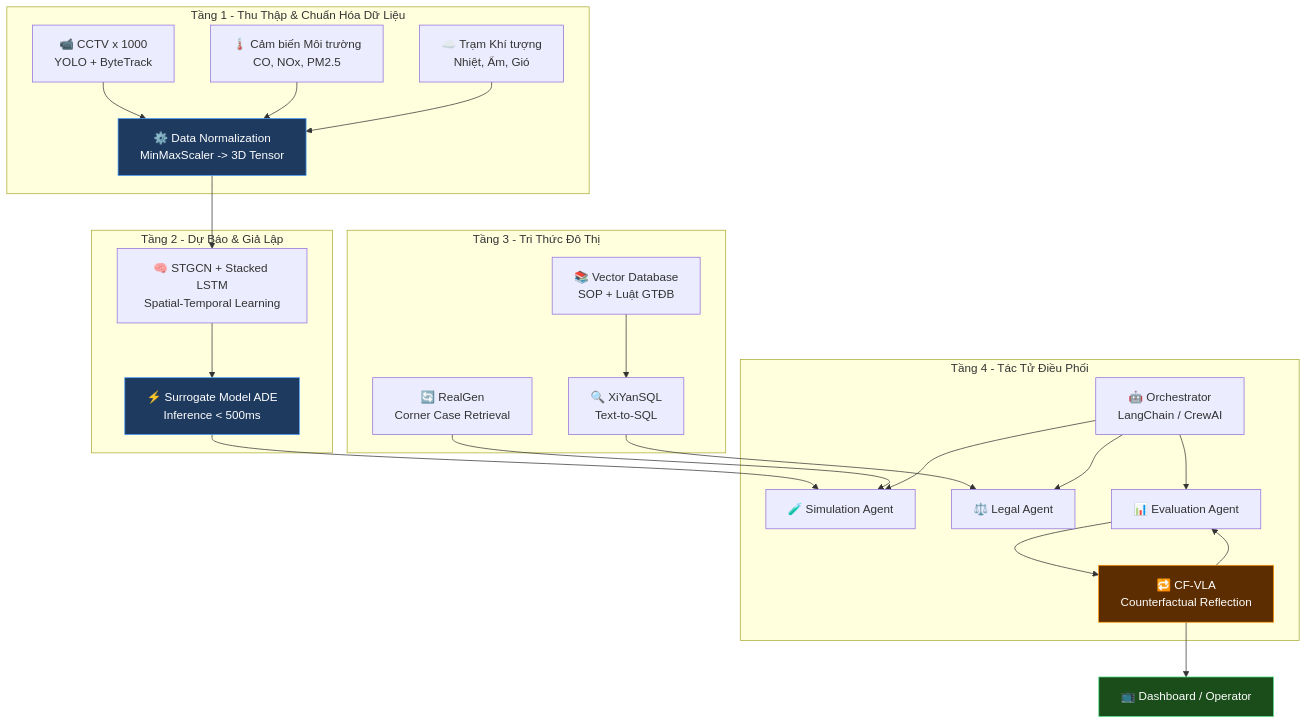
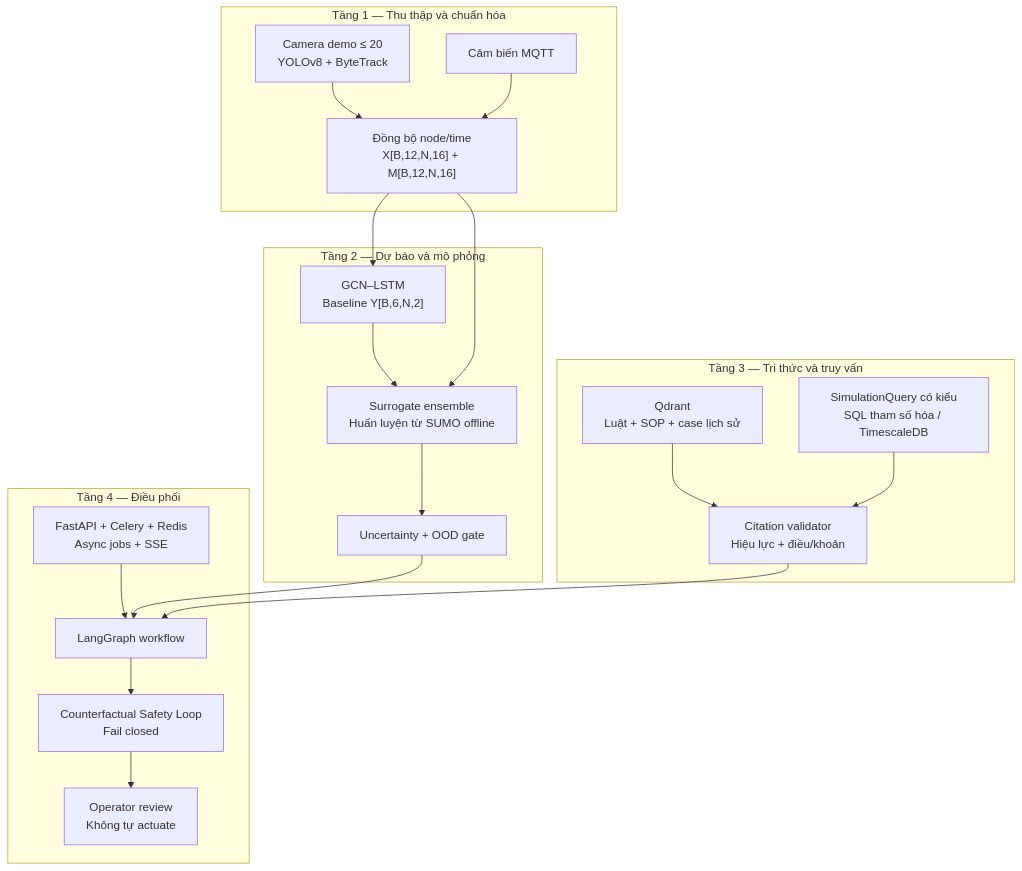
Before and after one commit to ukulevi/traffic-agent-assistant: the first of 2 diagrams in docs/00_STWI_Summary_and_Guidelines.md, drawn with Mermaid. The commit also changed other lines of this file and 65 other files, not shown here.

````diff
--- a/docs/00_STWI_Summary_and_Guidelines.md
+++ b/docs/00_STWI_Summary_and_Guidelines.md
@@ -34,49 +30,34 @@
 ```mermaid
-graph TB
-    subgraph T1 [Tầng 1 - Thu Thập & Chuẩn Hóa Dữ Liệu]
-        A1["📹 CCTV x 1000\nYOLO + ByteTrack"]
-        A2["🌡️ Cảm biến Môi trường\nCO, NOx, PM2.5"]
-        A3["☁️ Trạm Khí tượng\nNhiệt, Ẩm, Gió"]
-        A4["⚙️ Data Normalization\nMinMaxScaler -> 3D Tensor"]
+flowchart TB
+    subgraph T1["Tầng 1 — Thu thập và chuẩn hóa"]
+        CAM["Camera demo ≤ 20\nYOLOv8 + ByteTrack"]
+        SENSOR["Cảm biến MQTT"]
+        BUILD["Đồng bộ node/time\nX[B,12,N,16] + M[B,12,N,16]"]
+        CAM --> BUILD
+        SENSOR --> BUILD
     end
-
-    subgraph T2 [Tầng 2 - Dự Báo & Giả Lập]
-        B1["🧠 STGCN + Stacked LSTM\nSpatial-Temporal Learning"]
-        B2["⚡ Surrogate Model ADE\nInference < 500ms"]
+    subgraph T2["Tầng 2 — Dự báo và mô phỏng"]
+        BASE["GCN–LSTM\nBaseline Y[B,6,N,2]"]
+        SUR["Surrogate ensemble\nHuấn luyện từ SUMO offline"]
+        OOD["Uncertainty + OOD gate"]
+        BASE --> SUR --> OOD
     end
-
-    subgraph T3 [Tầng 3 - Tri Thức Đô Thị]
-        C1["📚 Vector Database\nSOP + Luật GTĐB"]
-        C2["🔍 XiYanSQL\nText-to-SQL"]
-        C3["🔄 RealGen\nCorner Case Retrieval"]
+    subgraph T3["Tầng 3 — Tri thức và truy vấn"]
+        QD["Qdrant\nLuật + SOP + case lịch sử"]
+        QUERY["SimulationQuery có kiểu\nSQL tham số hóa / TimescaleDB"]
+        CITE["Citation validator\nHiệu lực + điều/khoản"]
+        QD --> CITE
+        QUERY --> CITE
     end
-
-    subgraph T4 [Tầng 4 - Tác Tử Điều Phối]
-        D1["🤖 Orchestrator\nLangChain / CrewAI"]
-        D2["🧪 Simulation Agent"]
-        D3["⚖️ Legal Agent"]
-        D4["📊 Evaluation Agent"]
-        D5["🔁 CF-VLA\nCounterfactual Reflection"]
+    subgraph T4["Tầng 4 — Điều phối"]
+        API["FastAPI + Celery + Redis\nAsync jobs + SSE"]
+        GRAPH["LangGraph workflow"]
+        CSL["Counterfactual Safety Loop\nFail closed"]
+        REVIEW["Operator review\nKhông tự actuate"]
+        API --> GRAPH --> CSL --> REVIEW
     end
-
-    A1 --> A4
-    A2 --> A4
-    A3 --> A4
-    A4 --> B1
-    B1 --> B2
-    B2 --> D2
-    C1 --> C2
-    C2 --> D3
-    C3 --> D2
-    D1 --> D2
-    D1 --> D3
-    D1 --> D4
-    D4 --> D5
-    D5 --> E["📺 Dashboard / Operator"]
-    D5 --> D4
-
-    style A4 fill:#1e3a5f,stroke:#4a9eff,color:#fff
-    style B2 fill:#1e3a5f,stroke:#4a9eff,color:#fff
-    style D5 fill:#5c2d00,stroke:#ff9500,color:#fff
-    style E fill:#1a4d1a,stroke:#4ade80,color:#fff
+    BUILD --> BASE
+    BUILD --> SUR
+    OOD --> GRAPH
+    CITE --> GRAPH
 ```
````
